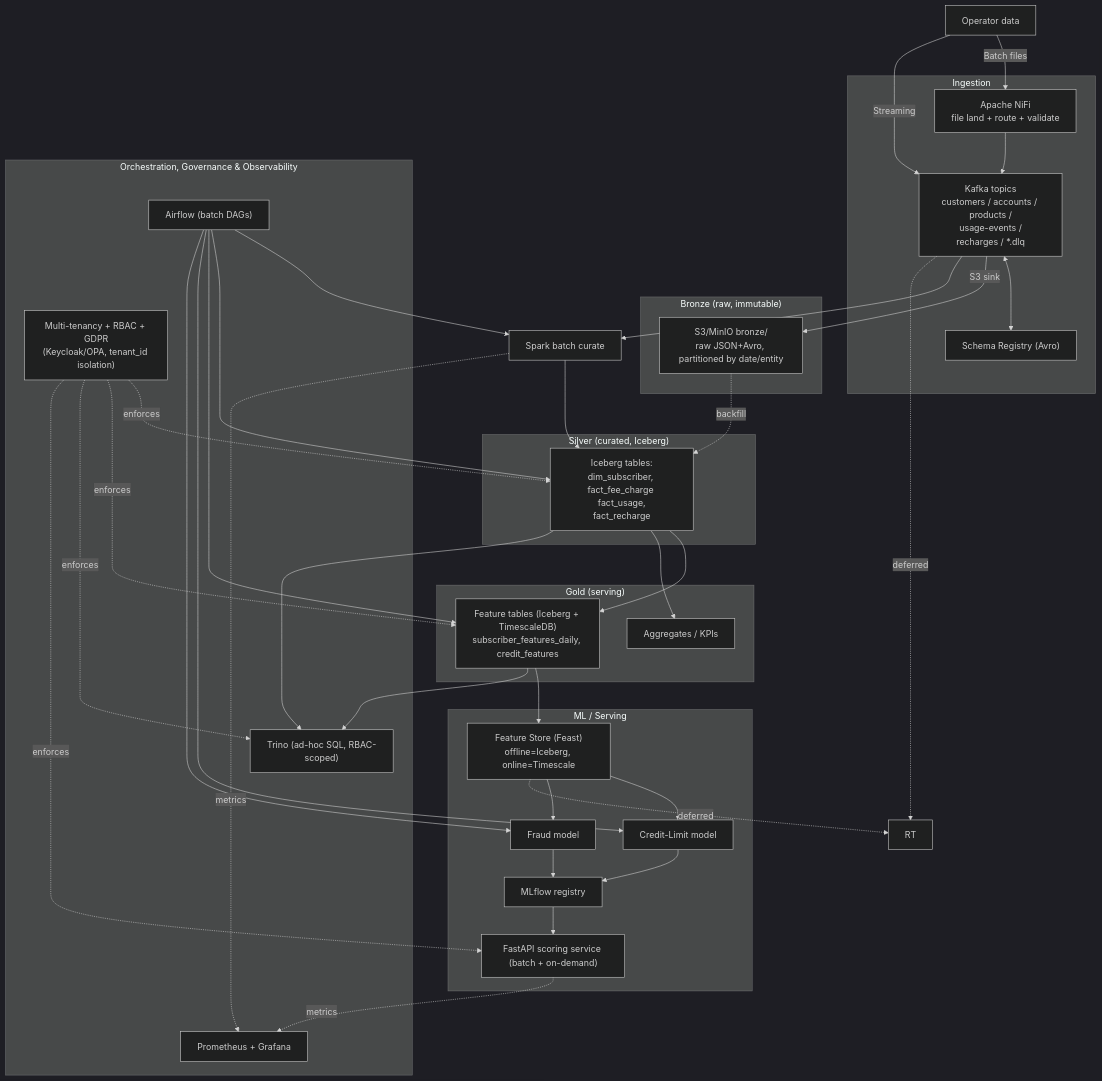
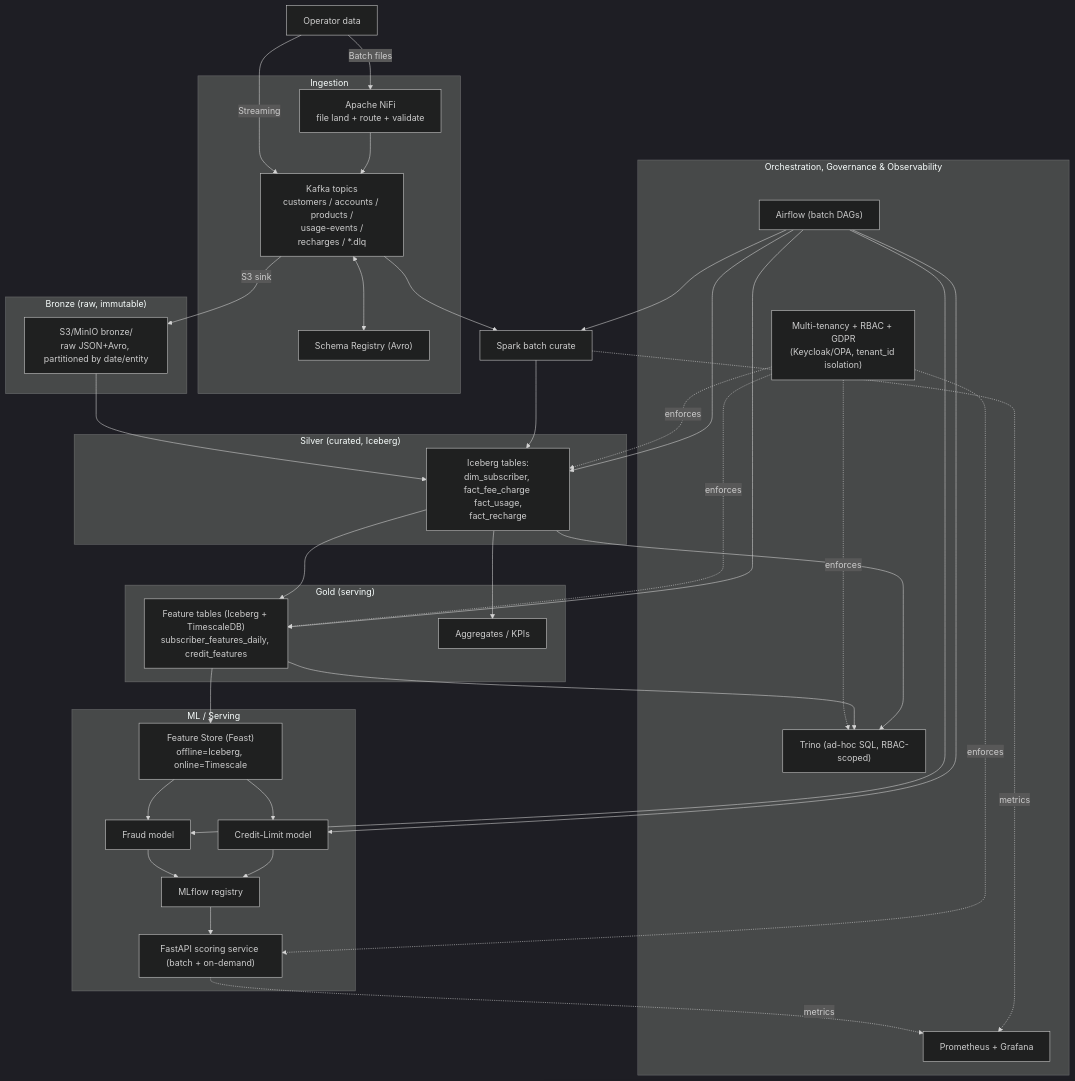
The diagram in docs/architecture_and_implementation_plan.md (vikasagarwal2485/intelligent_data_platform), drawn with Mermaid (dark theme) before and after one commit.

````diff
--- a/docs/architecture_and_implementation_plan.md
+++ b/docs/architecture_and_implementation_plan.md
@@ -76,56 +76,54 @@
 ```mermaid
 flowchart TB
 
     subgraph ING["Ingestion"]
         NIFI["Apache NiFi<br/>file land + route + validate"]
         KAFKA["Kafka topics<br/>customers / accounts / products /<br/>usage-events /<br/>recharges / *.dlq"]
         SR["Schema Registry (Avro)"]
     end
 
     subgraph BRONZE["Bronze (raw, immutable)"]
         B["S3/MinIO bronze/<br/>raw JSON+Avro, partitioned by date/entity"]
     end
 
     subgraph SILVER["Silver (curated, Iceberg)"]
         S["Iceberg tables:<br/>dim_subscriber, fact_fee_charge <br/> fact_usage, fact_recharge"]
     end
 
     subgraph GOLD["Gold (serving)"]
         G1["Feature tables (Iceberg + TimescaleDB)<br/>subscriber_features_daily, credit_features"]
         G2["Aggregates / KPIs"]
     end
 
     subgraph ML["ML / Serving"]
         FS["Feature Store (Feast)<br/>offline=Iceberg, online=Timescale"]
         M1["Credit-Limit model"]
         M2["Fraud model"]
         REG["MLflow registry"]
         API["FastAPI scoring service (batch + on-demand)"]
     end
 
     subgraph OPS["Orchestration, Governance & Observability"]
         AF["Airflow (batch DAGs)"]
         MON["Prometheus + Grafana"]
         TR["Trino (ad-hoc SQL, RBAC-scoped)"]
         GOV["Multi-tenancy + RBAC + GDPR<br/>(Keycloak/OPA, tenant_id isolation)"]
     end
 
     SYN["Operator data"] --> |Batch files| NIFI --> KAFKA
     SYN["Operator data"] --> |Streaming| KAFKA
     KAFKA <--> SR
     KAFKA -->|S3 sink| B
     KAFKA --> SPARK[Spark batch curate] --> S
-    B -.backfill.-> S
+    B --> S
     S --> G1 & G2
     G1 --> FS
     FS --> M1 & M2
     M1 & M2 --> REG --> API
-    KAFKA -.deferred.-> RT
-    FS -.deferred.-> RT
     AF --> SPARK & S & G1 & M1 & M2
     S --> TR
     G1 --> TR
     GOV -.enforces.-> S & G1 & TR & API
     SPARK -.metrics.-> MON
     API -.metrics.-> MON
 ```
````
